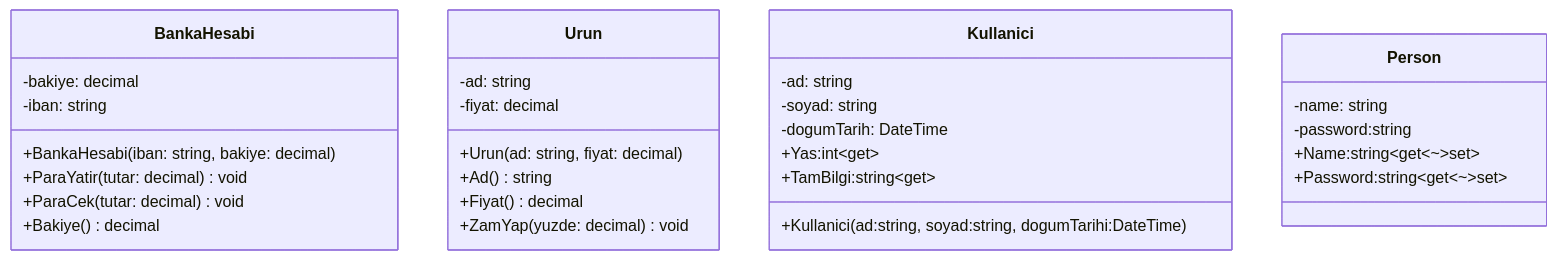
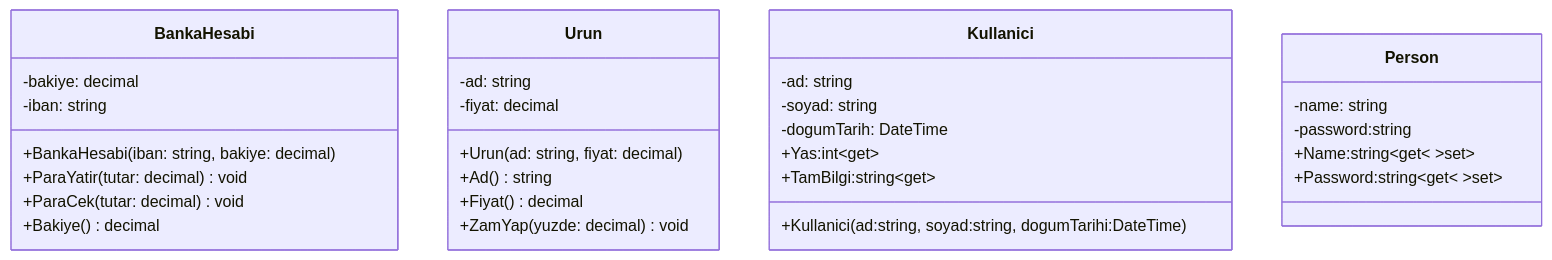
Before and after one commit to ibrahimayaz/Nesne-Yonelimli-Programlama-2025: the diagram in Hafta03/README.md, drawn with Mermaid.

Commit message:
Hafta03 Güncellendi

````diff
--- a/Hafta03/README.md
+++ b/Hafta03/README.md
@@ -10,38 +10,38 @@
 ```mermaid
 classDiagram
     class BankaHesabi {
       -bakiye: decimal
       -iban: string
       +BankaHesabi(iban: string, bakiye: decimal)
       +ParaYatir(tutar: decimal) void
       +ParaCek(tutar: decimal) void
       +Bakiye() decimal
     }
 
     class Urun {
       -ad: string
       -fiyat: decimal
       +Urun(ad: string, fiyat: decimal)
       +Ad() string
       +Fiyat() decimal
       +ZamYap(yuzde: decimal) void
     }
 
     class Kullanici {
       -ad: string
       -soyad: string
       -dogumTarih: DateTime
       +Yas:int~get~
       +TamBilgi:string~get~
       +Kullanici(ad:string, soyad:string, dogumTarihi:DateTime)
     }
  
 
     class Person {
       -name: string
       -password:string
-      +Name:string~get~~~set~
-      +Password:string~get~~~set~
+      +Name:string~get~ ~set~
+      +Password:string~get~ ~set~
     }
     
 ```
````
